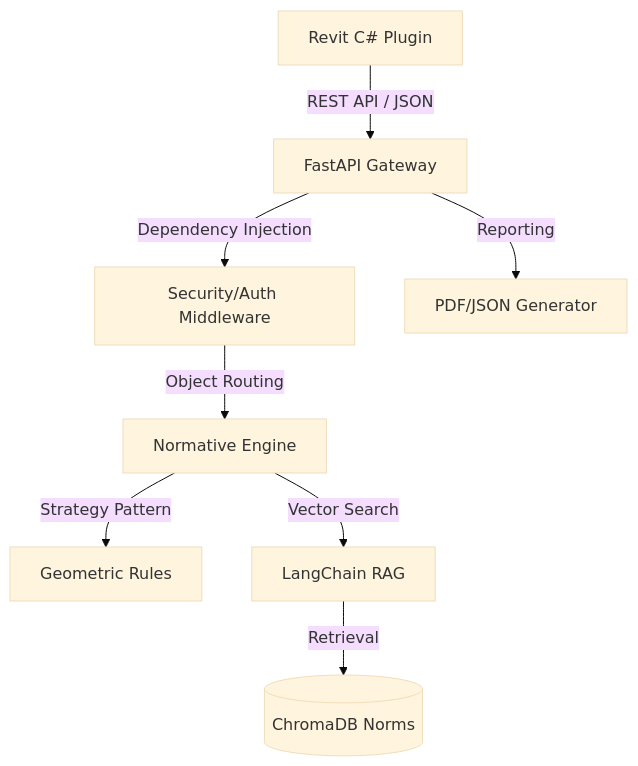
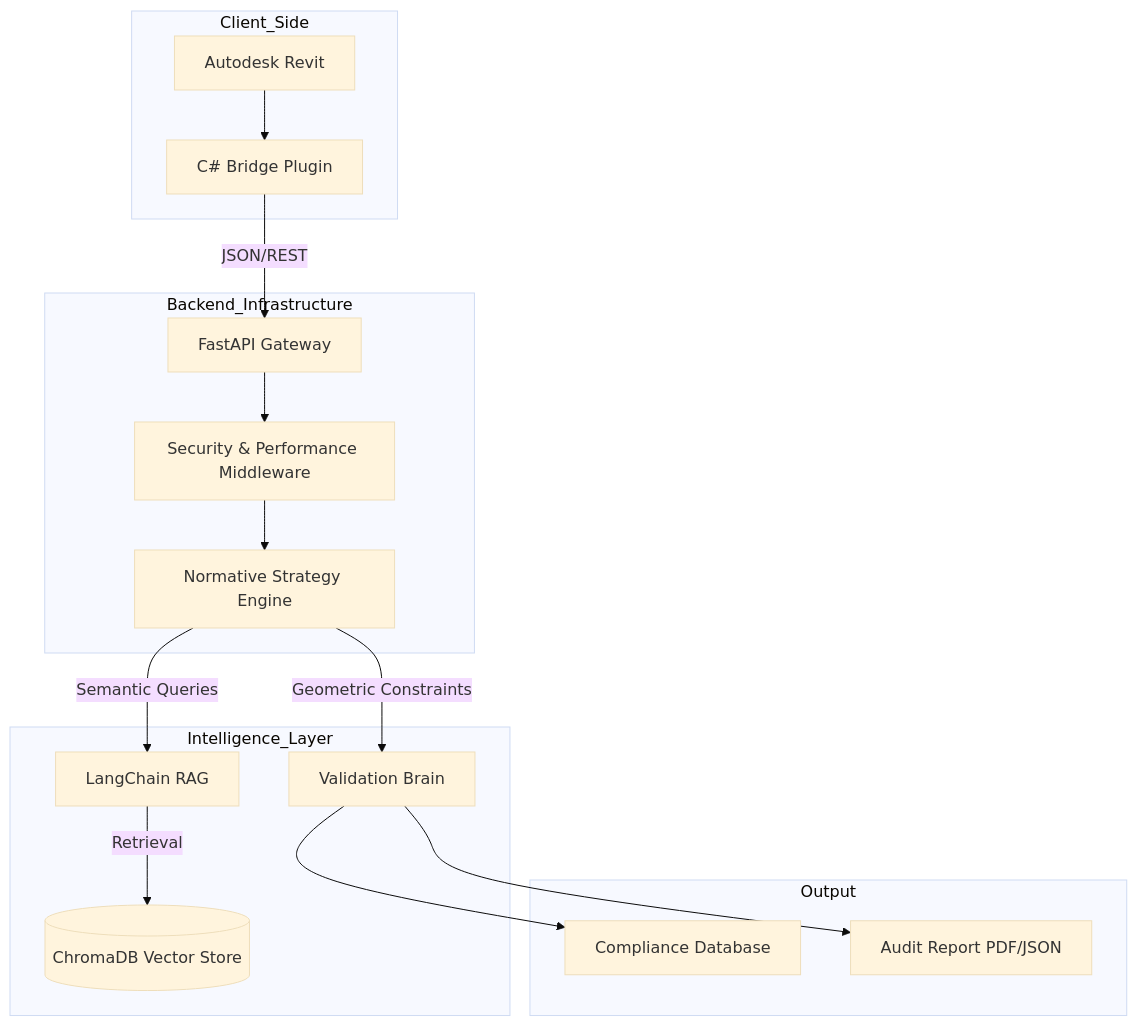
Before and after one commit to MayconAlvesss/BIM-Lawyer: the diagram in README.md, drawn with Mermaid (base theme). The commit also changed other lines of this file, not shown here.

Commit message:
docs: finalize world-class README with premium footer and architectural diagrams

````diff
--- a/README.md
+++ b/README.md
@@ -23,10 +23,20 @@
 ```mermaid
 graph TD
-    A[Revit C# Plugin] -- REST API / JSON --> B[FastAPI Gateway]
-    B -- Dependency Injection --> C[Security/Auth Middleware]
-    C -- Object Routing --> D[Normative Engine]
-    D -- Strategy Pattern --> E[Geometric Rules]
-    D -- Vector Search --> F[LangChain RAG]
-    F -- Retrieval --> G[(ChromaDB Norms)]
-    B -- Reporting --> H[PDF/JSON Generator]
+    subgraph Client_Side
+        A[Autodesk Revit] --> B[C# Bridge Plugin]
+    end
+    subgraph Backend_Infrastructure
+        B -- JSON/REST --> C[FastAPI Gateway]
+        C --> D[Security & Performance Middleware]
+        D --> E[Normative Strategy Engine]
+    end
+    subgraph Intelligence_Layer
+        E -- Geometric Constraints --> F[Validation Brain]
+        E -- Semantic Queries --> G[LangChain RAG]
+        G -- Retrieval --> H[(ChromaDB Vector Store)]
+    end
+    subgraph Output
+        F --> I[Compliance Database]
+        F --> J[Audit Report PDF/JSON]
+    end
 ```
````
